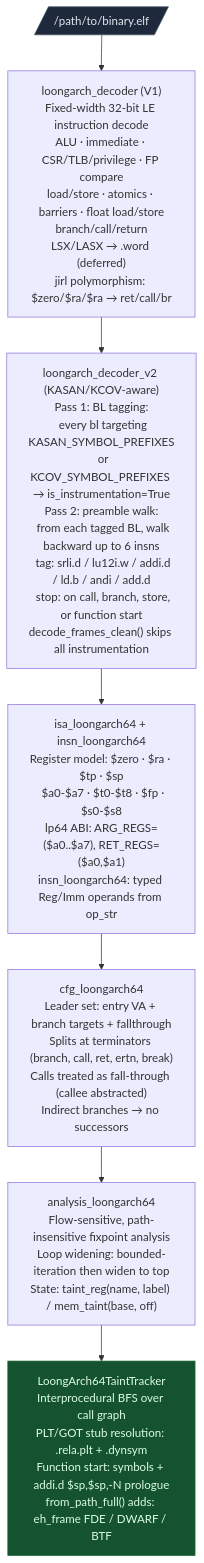
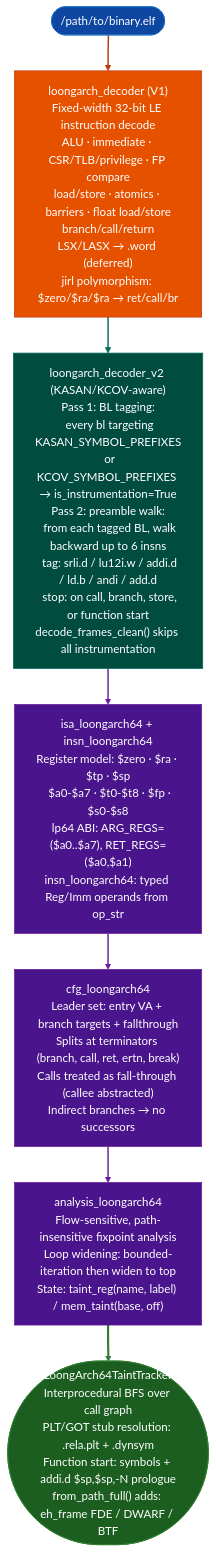
The diagram in docs/reference-modules/loongarch64.md (Ablation-Tool/ablation), drawn with Mermaid before and after one commit. The commit also changed 320 other files, not shown here.

First line of the commit message:
docs: apply canonical Mermaid template to all 321 diagrams

````diff
--- a/docs/reference-modules/loongarch64.md
+++ b/docs/reference-modules/loongarch64.md
@@ -52,17 +52,26 @@
 ```mermaid
 flowchart TD
-    A[/"/path/to/binary.elf"/] --> B["loongarch_decoder (V1)\nFixed-width 32-bit LE instruction decode\nALU · immediate · CSR/TLB/privilege · FP compare\nload/store · atomics · barriers · float load/store\nbranch/call/return\nLSX/LASX → .word (deferred)\njirl polymorphism: $zero/$ra/$ra → ret/call/br"]
+    A(["/path/to/binary.elf"]):::input --> B["loongarch_decoder (V1)\nFixed-width 32-bit LE instruction decode\nALU · immediate · CSR/TLB/privilege · FP compare\nload/store · atomics · barriers · float load/store\nbranch/call/return\nLSX/LASX → .word (deferred)\njirl polymorphism: $zero/$ra/$ra → ret/call/br"]:::primary
 
-    B --> C["loongarch_decoder_v2 (KASAN/KCOV-aware)\nPass 1: BL tagging:\n  every bl targeting KASAN_SYMBOL_PREFIXES\n  or KCOV_SYMBOL_PREFIXES → is_instrumentation=True\nPass 2: preamble walk:\n  from each tagged BL, walk backward up to 6 insns\n  tag: srli.d / lu12i.w / addi.d / ld.b / andi / add.d\n  stop: on call, branch, store, or function start\ndecode_frames_clean() skips all instrumentation"]
+    B:::primary --> C["loongarch_decoder_v2 (KASAN/KCOV-aware)\nPass 1: BL tagging:\n  every bl targeting KASAN_SYMBOL_PREFIXES\n  or KCOV_SYMBOL_PREFIXES → is_instrumentation=True\nPass 2: preamble walk:\n  from each tagged BL, walk backward up to 6 insns\n  tag: srli.d / lu12i.w / addi.d / ld.b / andi / add.d\n  stop: on call, branch, store, or function start\ndecode_frames_clean() skips all instrumentation"]:::secondary
 
-    C --> D["isa_loongarch64 + insn_loongarch64\nRegister model: $zero · $ra · $tp · $sp\n  $a0-$a7 · $t0-$t8 · $fp · $s0-$s8\nlp64 ABI: ARG_REGS=($a0..$a7), RET_REGS=($a0,$a1)\ninsn_loongarch64: typed Reg/Imm operands from op_str"]
+    C:::secondary --> D["isa_loongarch64 + insn_loongarch64\nRegister model: $zero · $ra · $tp · $sp\n  $a0-$a7 · $t0-$t8 · $fp · $s0-$s8\nlp64 ABI: ARG_REGS=($a0..$a7), RET_REGS=($a0,$a1)\ninsn_loongarch64: typed Reg/Imm operands from op_str"]:::tertiary
 
-    D --> E["cfg_loongarch64\nLeader set: entry VA + branch targets + fallthrough\nSplits at terminators (branch, call, ret, ertn, break)\nCalls treated as fall-through (callee abstracted)\nIndirect branches → no successors"]
+    D:::tertiary --> E["cfg_loongarch64\nLeader set: entry VA + branch targets + fallthrough\nSplits at terminators (branch, call, ret, ertn, break)\nCalls treated as fall-through (callee abstracted)\nIndirect branches → no successors"]:::tertiary
 
-    E --> F["analysis_loongarch64\nFlow-sensitive, path-insensitive fixpoint analysis\nLoop widening: bounded-iteration then widen to top\nState: taint_reg(name, label) / mem_taint(base, off)"]
+    E:::tertiary --> F["analysis_loongarch64\nFlow-sensitive, path-insensitive fixpoint analysis\nLoop widening: bounded-iteration then widen to top\nState: taint_reg(name, label) / mem_taint(base, off)"]:::tertiary
 
-    F --> G["LoongArch64TaintTracker\nInterprocedural BFS over call graph\nPLT/GOT stub resolution: .rela.plt + .dynsym\nFunction start: symbols + addi.d $sp,$sp,-N prologue\nfrom_path_full() adds: eh_frame FDE / DWARF / BTF"]
-
-    style A fill:#1e293b,stroke:#475569,color:#e2e8f0
-    style G fill:#14532d,stroke:#166534,color:#dcfce7
+    F:::tertiary --> G(["LoongArch64TaintTracker\nInterprocedural BFS over call graph\nPLT/GOT stub resolution: .rela.plt + .dynsym\nFunction start: symbols + addi.d $sp,$sp,-N prologue\nfrom_path_full() adds: eh_frame FDE / DWARF / BTF"]):::output
+    classDef input     fill:#0d47a1,stroke:#1565c0,color:#fff
+    classDef primary   fill:#e65100,stroke:#bf360c,color:#fff
+    classDef secondary fill:#004d40,stroke:#00695c,color:#fff
+    classDef tertiary  fill:#4a148c,stroke:#6a1b9a,color:#fff
+    classDef neutral   fill:#37474f,stroke:#546e7a,color:#fff
+    classDef output    fill:#1b5e20,stroke:#2e7d32,color:#fff
+    linkStyle 0 stroke:#bf360c,stroke-width:2px
+    linkStyle 1 stroke:#00695c,stroke-width:2px
+    linkStyle 2 stroke:#6a1b9a,stroke-width:2px
+    linkStyle 3 stroke:#6a1b9a,stroke-width:2px
+    linkStyle 4 stroke:#6a1b9a,stroke-width:2px
+    linkStyle 5 stroke:#2e7d32,stroke-width:3px
 ```
````
